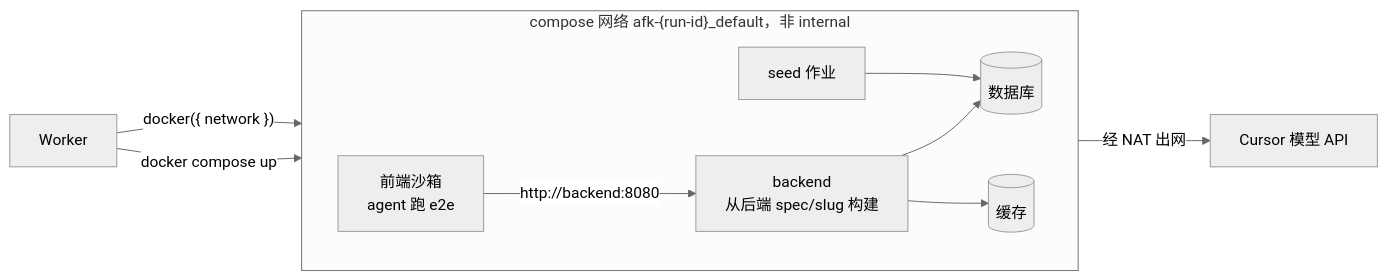
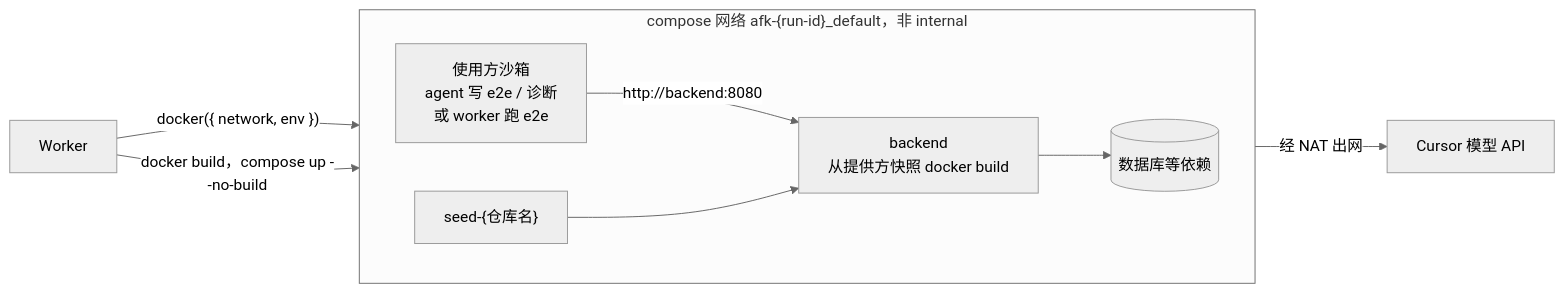
Before and after one commit to xxh171015/afk-platform: diagram 15 of 22 in docs/design.md, drawn with Mermaid (neutral theme). The commit also changed other lines of this file and 3 other files, not shown here.

````diff
--- a/docs/design.md
+++ b/docs/design.md
@@ -680,20 +695,18 @@
 ```mermaid
 flowchart LR
     w["Worker"]
     cur["Cursor 模型 API"]
     subgraph net["compose 网络 afk-{run-id}_default，非 internal"]
         direction LR
-        fe["前端沙箱<br/>agent 跑 e2e"]
-        be["backend<br/>从后端 spec/slug 构建"]
-        db[("数据库")]
-        cache[("缓存")]
-        seed["seed 作业"]
+        fe["使用方沙箱<br/>agent 写 e2e / 诊断<br/>或 worker 跑 e2e"]
+        be["backend<br/>从提供方快照 docker build"]
+        db[("数据库等依赖")]
+        seed["seed-{仓库名}"]
         fe -->|"http://backend:8080"| be
         be --> db
-        be --> cache
-        seed --> db
+        seed --> be
     end
-    w -->|docker compose up| net
-    w -->|"docker({ network })"| fe
+    w -->|"docker build，compose up --no-build"| net
+    w -->|"docker({ network, env })"| fe
     fe -->|经 NAT 出网| cur
 ```
````
